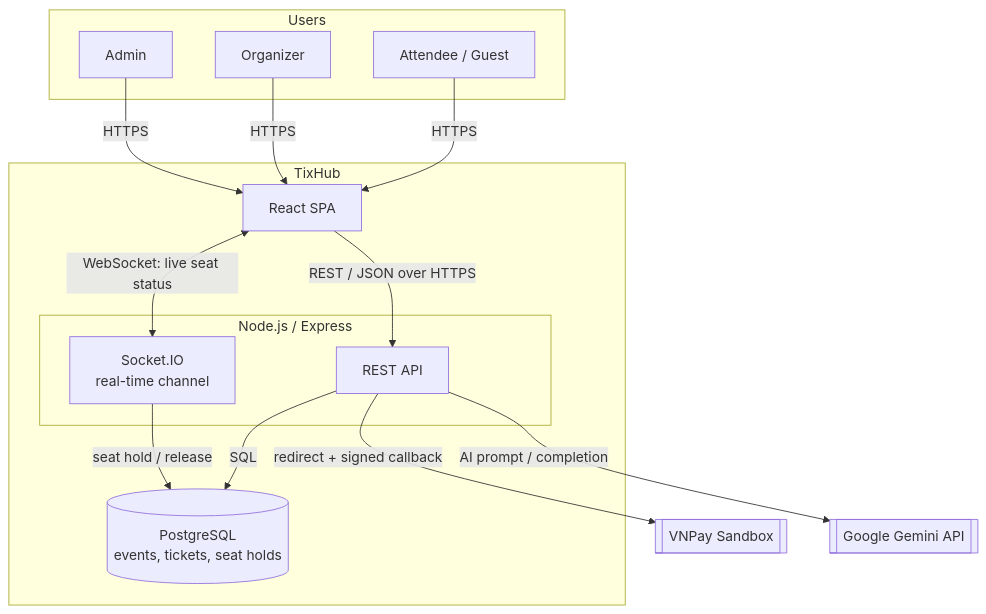
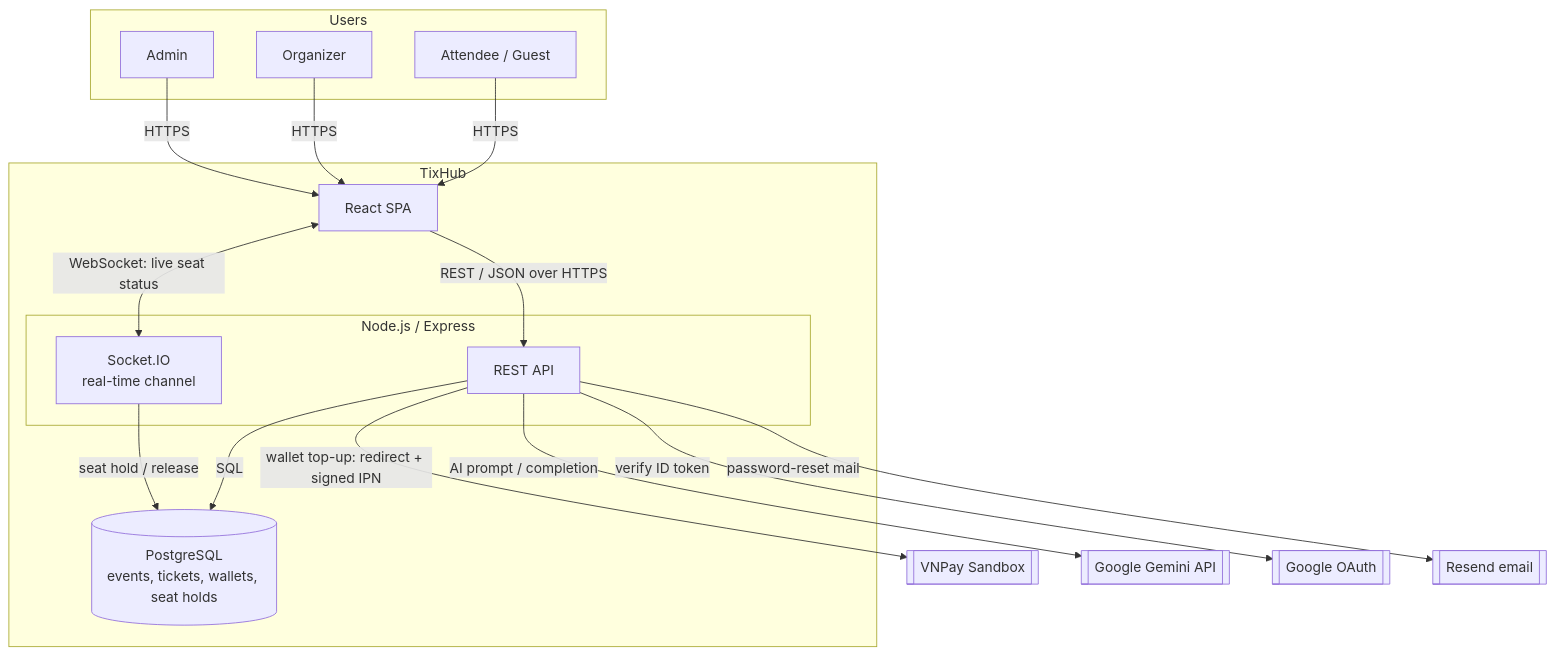
Before and after one commit to AughustN/IntroSE: the seventh of 7 diagrams in docs/Requirements/Group02_VisionDocument/VisionDocument.md, drawn with Mermaid. The commit also changed other lines of this file and 3 other files, not shown here.

First line of the commit message:
docs: align vision/plan/schema/use-cases with constitution v2.0.0 + build

````diff
--- a/docs/Requirements/Group02_VisionDocument/VisionDocument.md
+++ b/docs/Requirements/Group02_VisionDocument/VisionDocument.md
@@ -254,28 +254,32 @@
 ```mermaid
 flowchart TB
     subgraph Users
         AT[Attendee / Guest]
         OR[Organizer]
         AD[Admin]
     end
     subgraph TixHub
         FE[React SPA]
         subgraph Backend["Node.js / Express"]
             API[REST API]
             WS[Socket.IO<br/>real-time channel]
         end
-        DB[(PostgreSQL<br/>events, tickets, seat holds)]
+        DB[(PostgreSQL<br/>events, tickets, wallets, seat holds)]
     end
     VN[[VNPay Sandbox]]
     GM[[Google Gemini API]]
+    GO[[Google OAuth]]
+    RS[[Resend email]]
 
     AT -->|HTTPS| FE
     OR -->|HTTPS| FE
     AD -->|HTTPS| FE
     FE -->|REST / JSON over HTTPS| API
     FE <-->|WebSocket: live seat status| WS
     API -->|SQL| DB
     WS -->|seat hold / release| DB
-    API -->|redirect + signed callback| VN
+    API -->|wallet top-up: redirect + signed IPN| VN
     API -->|AI prompt / completion| GM
+    API -->|verify ID token| GO
+    API -->|password-reset mail| RS
 ```
````
